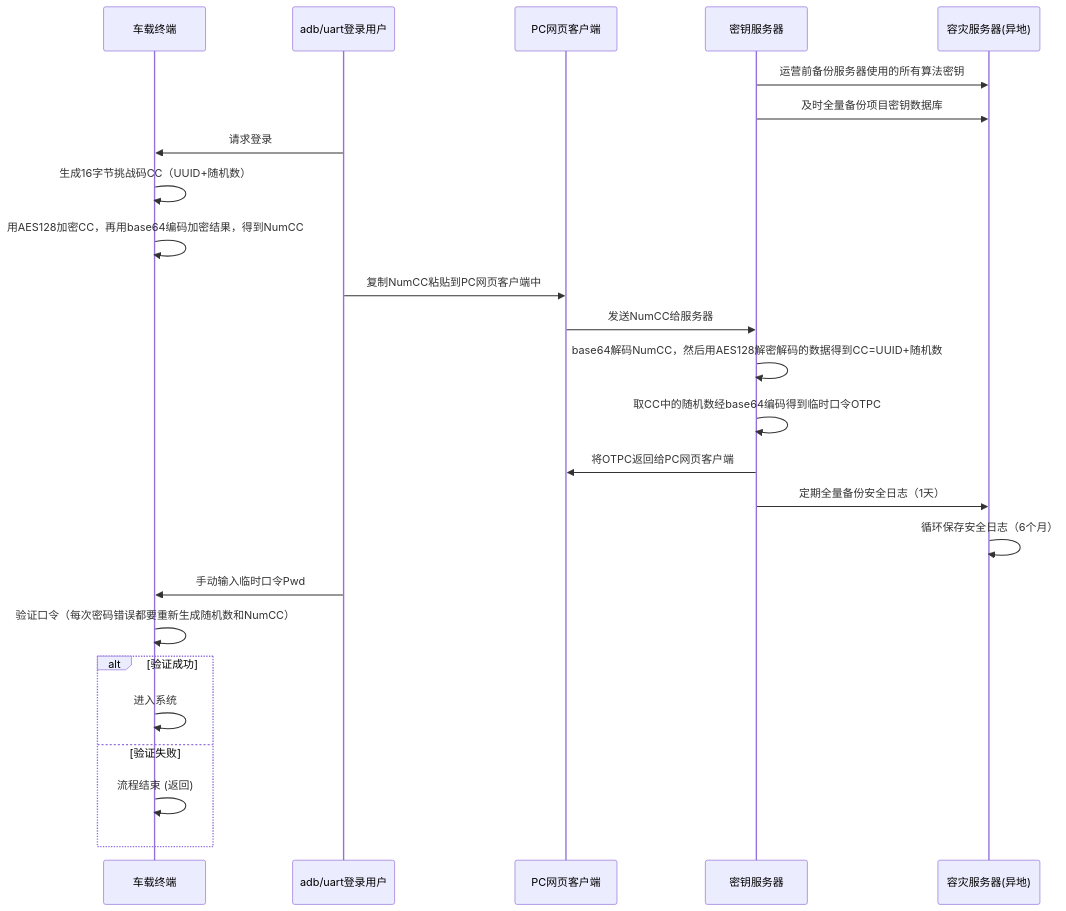
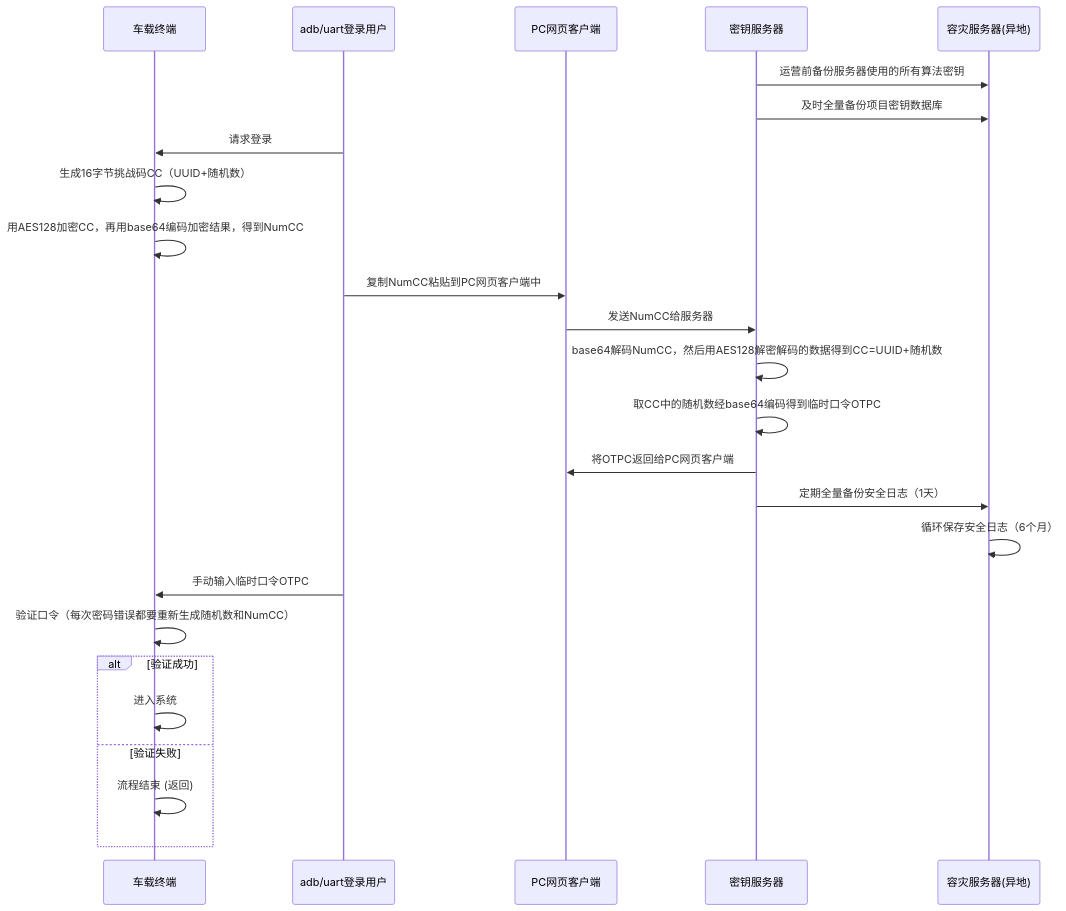
Before and after one commit to facebook-cloud/iodraw-files: the diagram in all/未命名-21.md, drawn with Mermaid.

Commit message:
2026-04-14 13:28:01 update

````diff
--- a/all/未命名-21.md
+++ b/all/未命名-21.md
@@ -1,32 +1,32 @@
 ```mermaid
 sequenceDiagram
     participant tbox as 车载终端
     participant user as adb/uart登录用户
     participant pc as PC网页客户端
     participant tech_center as 密钥服务器
     participant backup as 容灾服务器(异地)
   
     tech_center->>backup: 运营前备份服务器使用的所有算法密钥
     tech_center->>backup: 及时全量备份项目密钥数据库
 
     user->>tbox: 请求登录
     tbox->>tbox: 生成16字节挑战码CC（UUID+随机数）
     tbox->>tbox: 用AES128加密CC，再用base64编码加密结果，得到NumCC
     user->>pc: 复制NumCC粘贴到PC网页客户端中
     pc->>tech_center: 发送NumCC给服务器
     tech_center->>tech_center: base64解码NumCC，然后用AES128解密解码的数据得到CC=UUID+随机数
     tech_center->>tech_center: 取CC中的随机数经base64编码得到临时口令OTPC
     tech_center->>pc: 将OTPC返回给PC网页客户端
 
     tech_center->>backup: 定期全量备份安全日志（1天）
     backup->>backup: 循环保存安全日志（6个月）
-    user->>tbox: 手动输入临时口令Pwd
+    user->>tbox: 手动输入临时口令OTPC
     tbox->>tbox: 验证口令（每次密码错误都要重新生成随机数和NumCC）
     alt 验证成功
         tbox->>tbox: 进入系统
     else 验证失败
         tbox->>tbox: 流程结束 (返回)
     end
 
 
 ```
````
